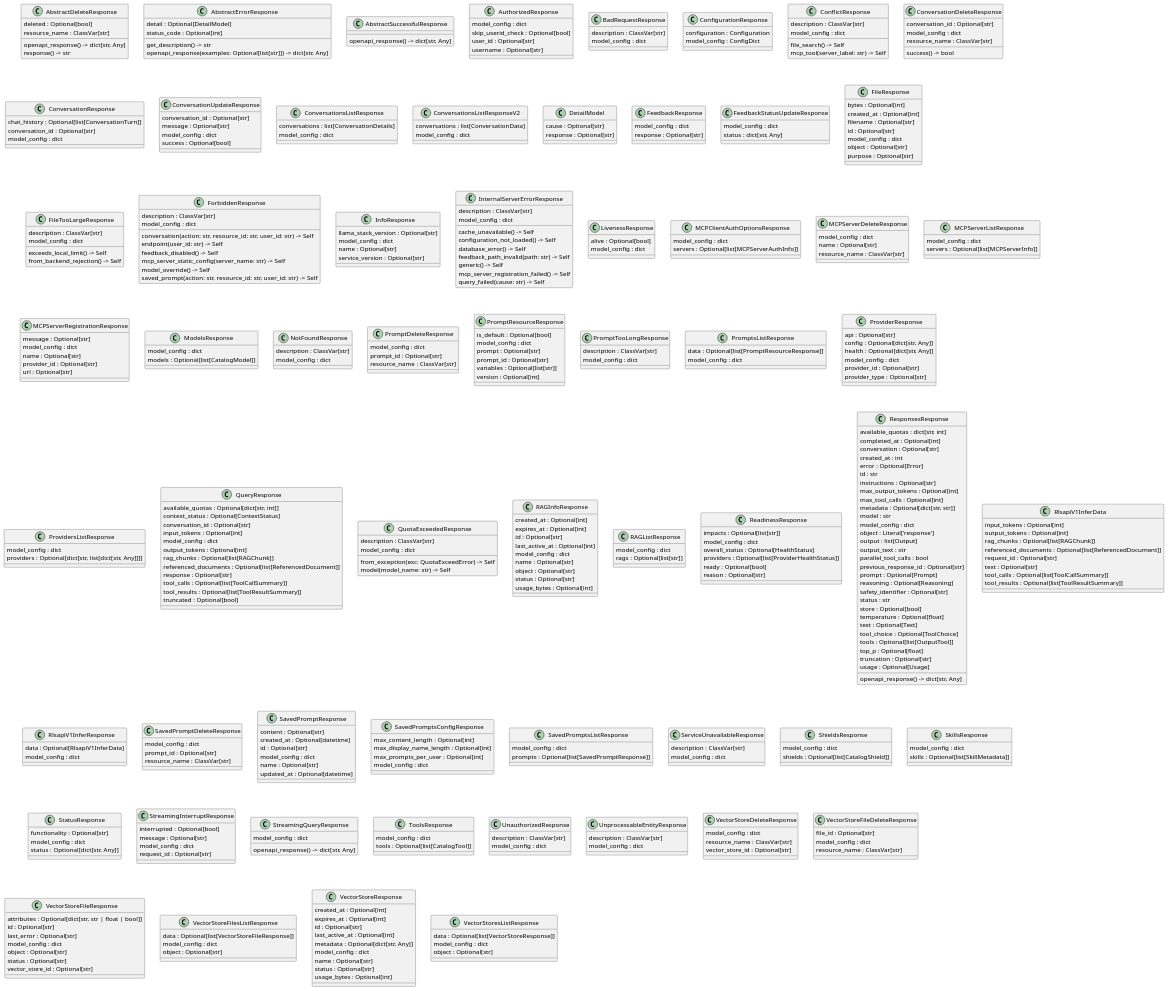
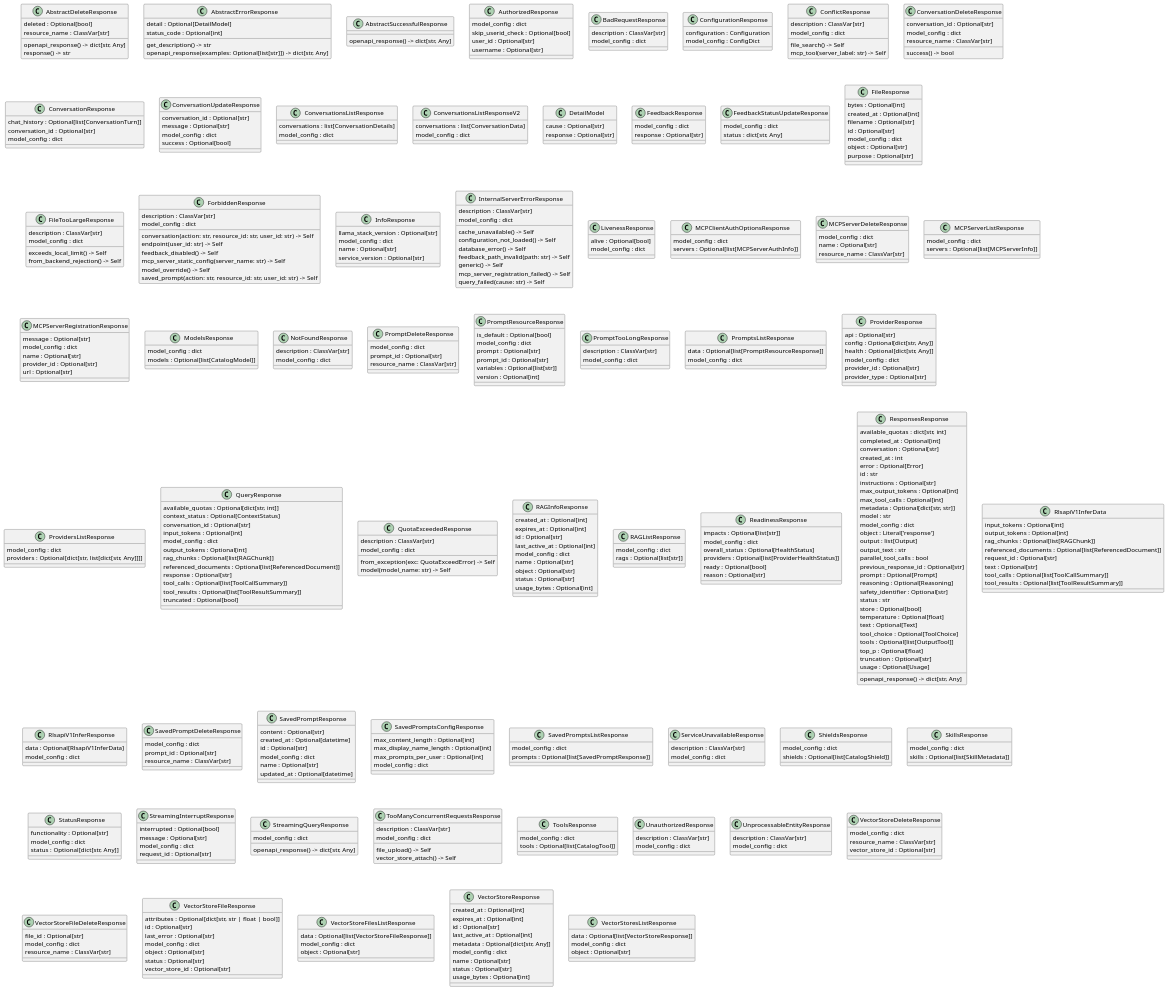
Before and after one commit to radofuchs/lightspeed-stack: the diagram in docs/models/responses.puml, drawn with PlantUML. The commit also changed 5 other files, not shown here.

```diff
--- a/docs/models/responses.puml
+++ b/docs/models/responses.puml
@@ -318,6 +318,12 @@
   model_config : dict
   openapi_response() -> dict[str, Any]
 }
+class "TooManyConcurrentRequestsResponse" as src.models.api.responses.error.too_many_requests.TooManyConcurrentRequestsResponse {
+  description : ClassVar[str]
+  model_config : dict
+  file_upload() -> Self
+  vector_store_attach() -> Self
+}
 class "ToolsResponse" as src.models.api.responses.successful.catalog.ToolsResponse {
   model_config : dict
   tools : Optional[list[CatalogTool]]
```
